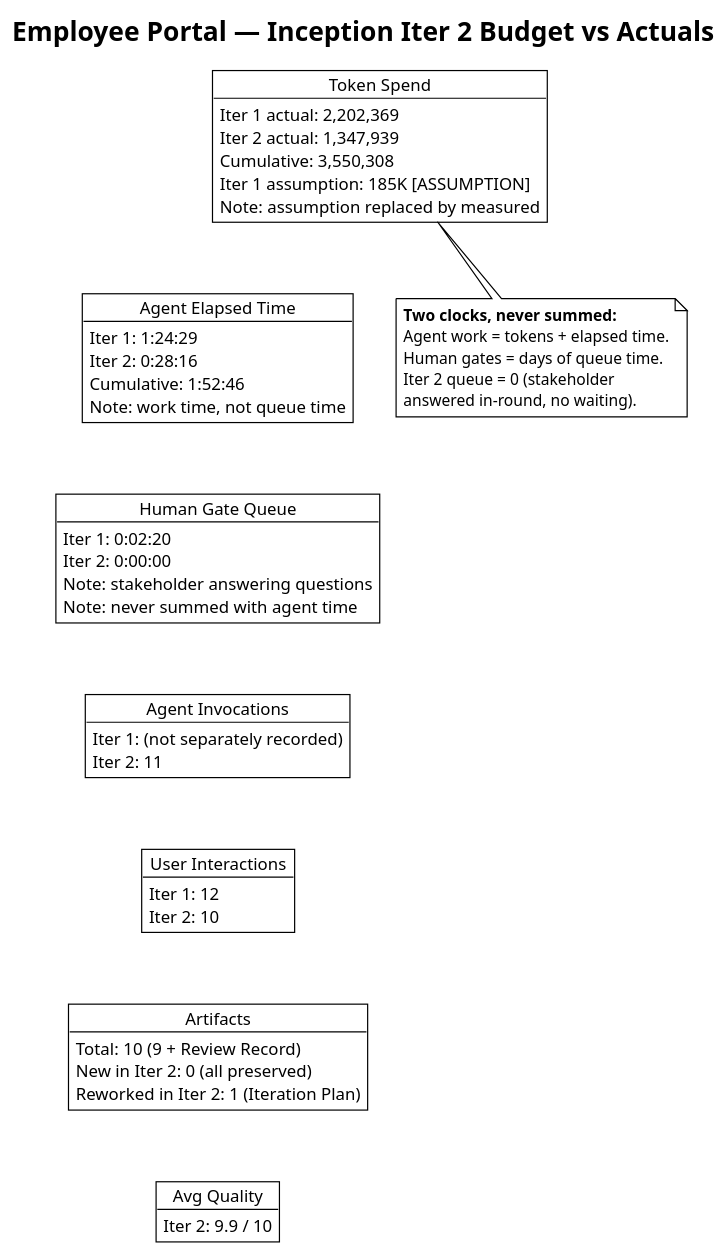
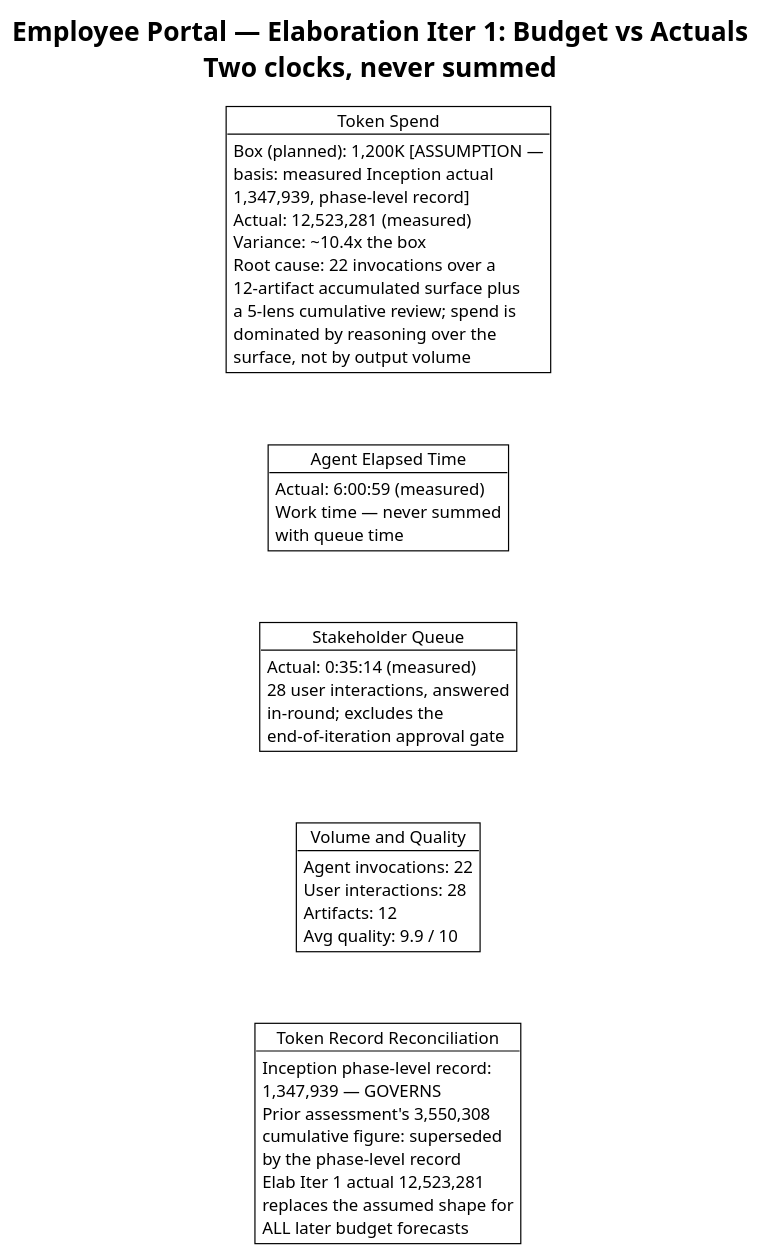
The second of 5 diagrams in docs/artifacts/project-management/iteration-assessment.md (banense-test/employee-portal), drawn with PlantUML before and after one commit. The commit also changed other lines of this file, not shown here.

First line of the commit message:
Project Manager [E1]: upsert Iteration Assessment

````diff
--- a/docs/artifacts/project-management/iteration-assessment.md
+++ b/docs/artifacts/project-management/iteration-assessment.md
@@ -124,64 +79,50 @@
 ```plantuml
 @startuml
 !theme plain
-title Employee Portal — Inception Iter 2 Budget vs Actuals
+title Employee Portal — Elaboration Iter 1: Budget vs Actuals\nTwo clocks, never summed
 
 object "Token Spend" as TS {
-  Iter 1 actual: 2,202,369
-  Iter 2 actual: 1,347,939
-  Cumulative: 3,550,308
-  Iter 1 assumption: 185K [ASSUMPTION]
-  Note: assumption replaced by measured
+  Box (planned): 1,200K [ASSUMPTION —
+  basis: measured Inception actual
+  1,347,939, phase-level record]
+  Actual: 12,523,281 (measured)
+  Variance: ~10.4x the box
+  Root cause: 22 invocations over a
+  12-artifact accumulated surface plus
+  a 5-lens cumulative review; spend is
+  dominated by reasoning over the
+  surface, not by output volume
 }
-
 object "Agent Elapsed Time" as AET {
-  Iter 1: 1:24:29
-  Iter 2: 0:28:16
-  Cumulative: 1:52:46
-  Note: work time, not queue time
+  Actual: 6:00:59 (measured)
+  Work time — never summed
+  with queue time
 }
-
-object "Human Gate Queue" as HGQ {
-  Iter 1: 0:02:20
-  Iter 2: 0:00:00
-  Note: stakeholder answering questions
-  Note: never summed with agent time
+object "Stakeholder Queue" as HGQ {
+  Actual: 0:35:14 (measured)
+  28 user interactions, answered
+  in-round; excludes the
+  end-of-iteration approval gate
 }
-
-object "Agent Invocations" as AI {
-  Iter 1: (not separately recorded)
-  Iter 2: 11
+object "Volume and Quality" as VOL {
+  Agent invocations: 22
+  User interactions: 28
+  Artifacts: 12
+  Avg quality: 9.9 / 10
 }
-
-object "User Interactions" as UI {
-  Iter 1: 12
-  Iter 2: 10
+object "Token Record Reconciliation" as REC {
+  Inception phase-level record:
+  1,347,939 — GOVERNS
+  Prior assessment's 3,550,308
+  cumulative figure: superseded
+  by the phase-level record
+  Elab Iter 1 actual 12,523,281
+  replaces the assumed shape for
+  ALL later budget forecasts
 }
-
-object "Artifacts" as ART {
-  Total: 10 (9 + Review Record)
-  New in Iter 2: 0 (all preserved)
-  Reworked in Iter 2: 1 (Iteration Plan)
-}
-
-object "Avg Quality" as AQ {
-  Iter 2: 9.9 / 10
-}
-
 TS -[hidden]-> AET
 AET -[hidden]-> HGQ
-HGQ -[hidden]-> AI
-AI -[hidden]-> UI
-UI -[hidden]-> ART
-ART -[hidden]-> AQ
-
-note bottom of TS
-  **Two clocks, never summed:**
-  Agent work = tokens + elapsed time.
-  Human gates = days of queue time.
-  Iter 2 queue = 0 (stakeholder
-  answered in-round, no waiting).
-end note
-
+HGQ -[hidden]-> VOL
+VOL -[hidden]-> REC
 @enduml
 ```
````
